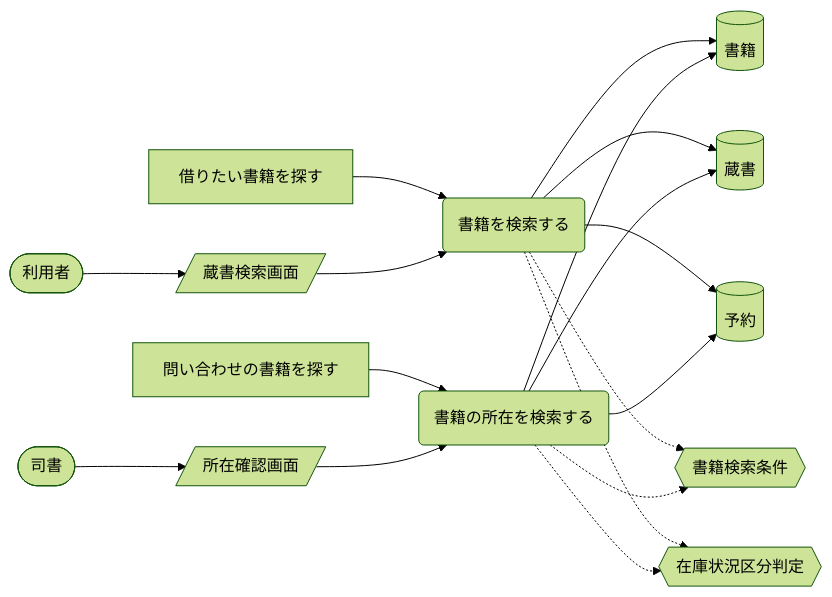
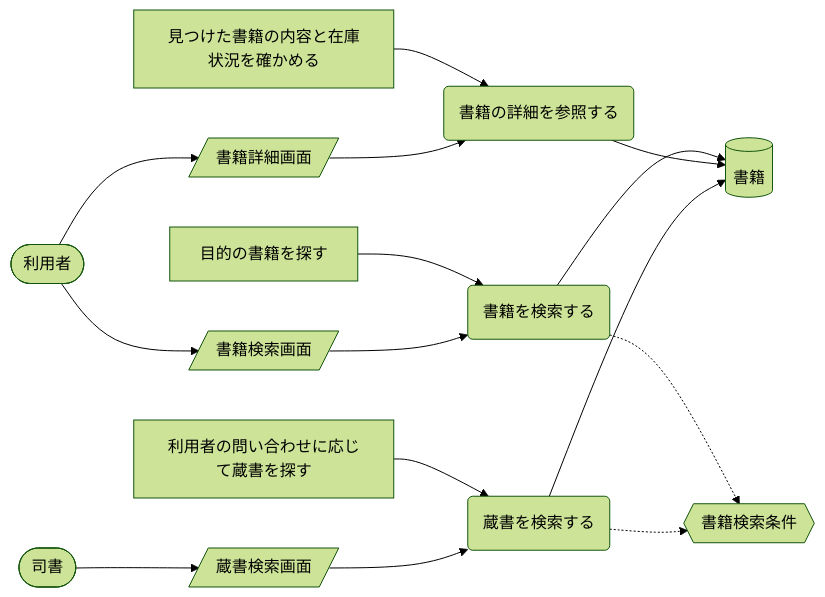
One commit to suwa-sh/suwa-sh-claude-plugins changed the second of 9 diagrams in samples/distillery2/library-loan/docs/requirements/rdra/views/04_UC複合図.md. Above: the diagram before and after it, drawn with Mermaid (forest theme). The commit also changed other lines of this file and 249 other files, not shown here.

````diff
--- a/samples/distillery2/library-loan/docs/requirements/rdra/views/04_UC複合図.md
+++ b/samples/distillery2/library-loan/docs/requirements/rdra/views/04_UC複合図.md
@@ -70,32 +59,30 @@
 ```mermaid
 graph LR
   UC1("書籍を検索する")
-  AT1["借りたい書籍を探す"]
+  AT1["目的の書籍を探す"]
   IF1[("書籍")]
-  IF2[("蔵書")]
-  IF3[("予約")]
   CD1{{"書籍検索条件"}}
-  CD2{{"在庫状況区分判定"}}
-  SC1[/"蔵書検索画面"/]
+  SC1[/"書籍検索画面"/]
   AC1(["利用者"])
-  UC2("書籍の所在を検索する")
-  AT2["問い合わせの書籍を探す"]
-  SC2[/"所在確認画面"/]
+  UC2("書籍の詳細を参照する")
+  AT2["見つけた書籍の内容と在庫状況を確かめる"]
+  SC2[/"書籍詳細画面"/]
+  UC3("蔵書を検索する")
+  AT3["利用者の問い合わせに応じて蔵書を探す"]
+  SC3[/"蔵書検索画面"/]
   AC2(["司書"])
   AT1 --> UC1
   UC1 --> IF1
-  UC1 --> IF2
-  UC1 --> IF3
   UC1 -.-> CD1
-  UC1 -.-> CD2
   AC1 --> SC1
   SC1 --> UC1
   AT2 --> UC2
   UC2 --> IF1
-  UC2 --> IF2
-  UC2 --> IF3
-  UC2 -.-> CD1
-  UC2 -.-> CD2
-  AC2 --> SC2
+  AC1 --> SC2
   SC2 --> UC2
+  AT3 --> UC3
+  UC3 --> IF1
+  UC3 -.-> CD1
+  AC2 --> SC3
+  SC3 --> UC3
 ```
````
